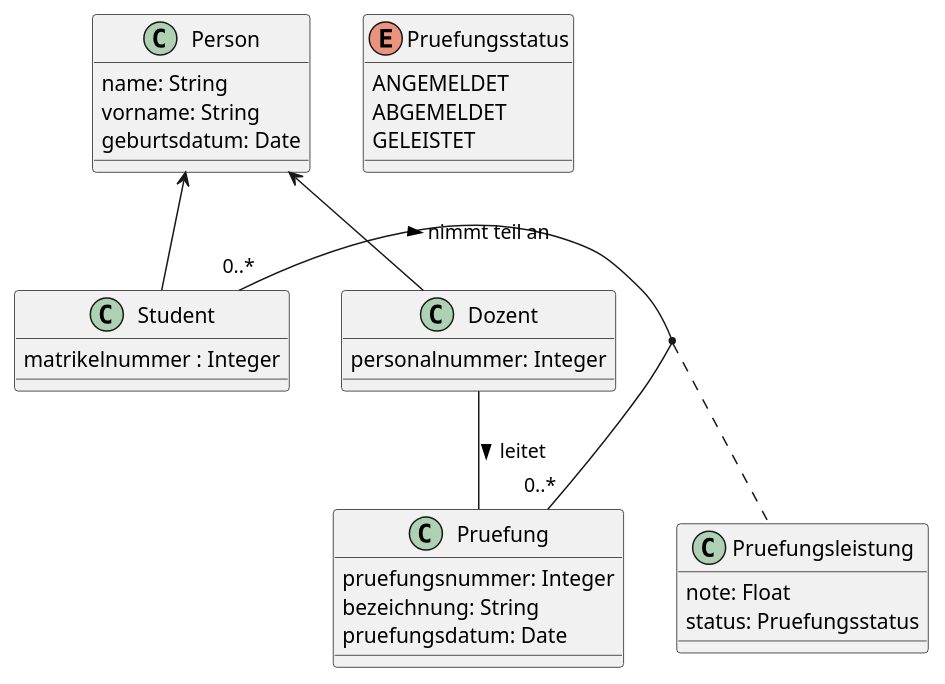
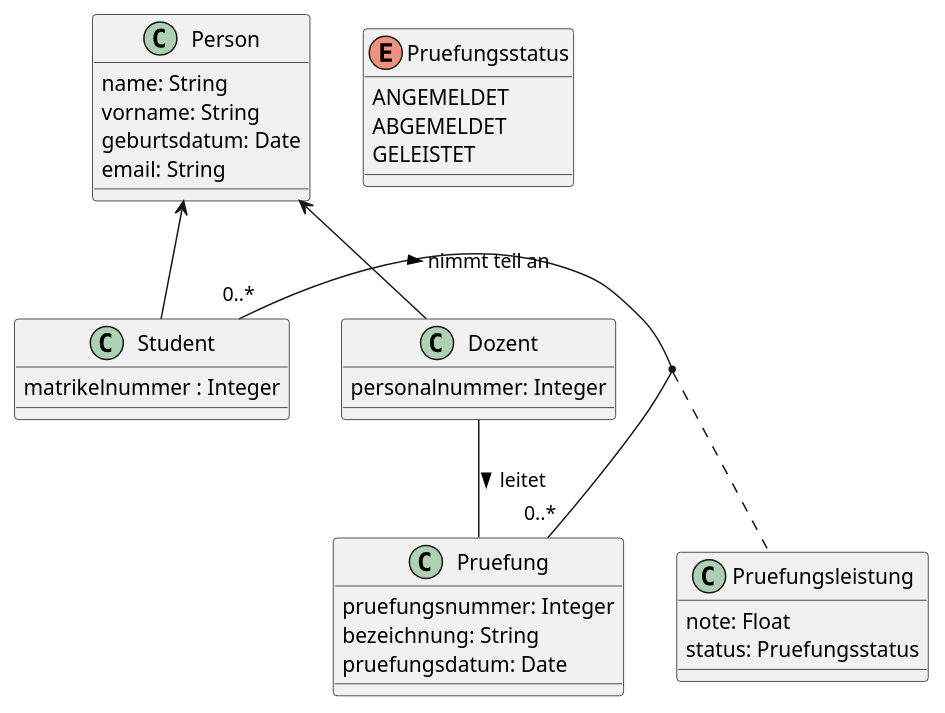
One commit to florensh/erp-sose16-frontend changed the diagram in uml/cd.pu. Above: the diagram before and after it, drawn with PlantUML. The commit also changed 4 other files, not shown here.

```diff
--- a/uml/cd.pu
+++ b/uml/cd.pu
@@ -1,42 +1,43 @@
 @startuml
 
 class Person {
   name: String
   vorname: String
   geburtsdatum: Date
+  email: String
 }
 
 class Student{
   matrikelnummer : Integer
 
 }
 
 class Pruefung {
   pruefungsnummer: Integer
   bezeichnung: String
   pruefungsdatum: Date
 
 }
 
 class Dozent {
   personalnummer: Integer
 }
 
 Student -up-> Person
 Dozent -up-> Person
 Dozent -- Pruefung: > leitet
 Student "0..*" - "0..*" Pruefung: > nimmt teil an
 (Student, Pruefung) .. Pruefungsleistung
 
 class Pruefungsleistung {
   note: Float
   status: Pruefungsstatus
 }
 
 enum Pruefungsstatus {
   ANGEMELDET
   ABGEMELDET
   GELEISTET
 }
 
 @enduml
```
